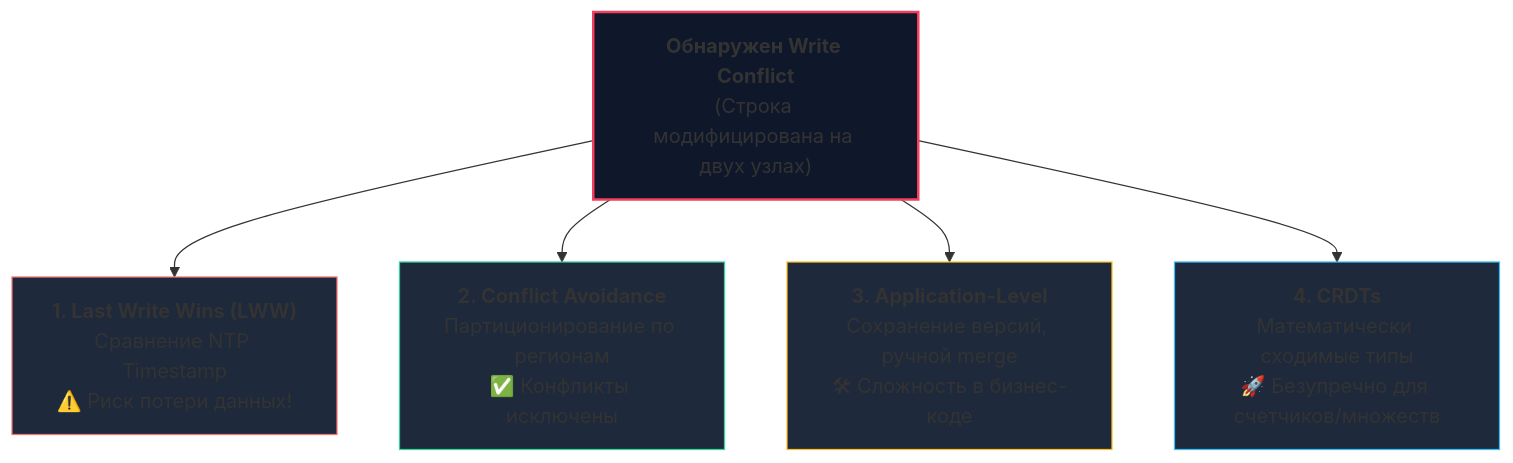
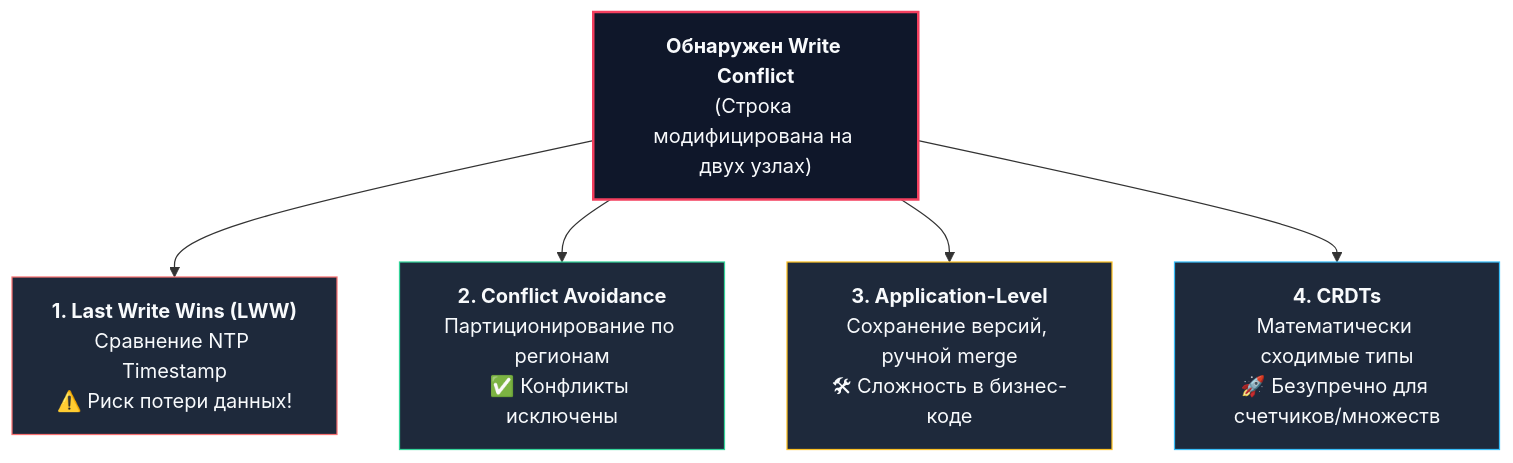
The second of 2 diagrams in sources/12. Базы данных/08. Распределенные базы данных/3. Multi Leader.md (UnrealTemplier/go-textbook), drawn with Mermaid before and after one commit. The commit also changed other lines of this file and 310 other files, not shown here.

First line of the commit message:
fix(mermaid): replace light fill colors with dark palette for readability on dark theme

````diff
--- a/sources/12. Базы данных/08. Распределенные базы данных/3. Multi Leader.md
+++ b/sources/12. Базы данных/08. Распределенные базы данных/3. Multi Leader.md
@@ -86,15 +86,15 @@
 ```mermaid
 flowchart TD
     Conflict["<b>Обнаружен Write Conflict</b><br>(Строка модифицирована на двух узлах)"]
     
     Conflict --> S1["<b>1. Last Write Wins (LWW)</b><br>Сравнение NTP Timestamp<br>⚠️ Риск потери данных!"]
     Conflict --> S2["<b>2. Conflict Avoidance</b><br>Партиционирование по регионам<br>✅ Конфликты исключены"]
     Conflict --> S3["<b>3. Application-Level</b><br>Сохранение версий, ручной merge<br>🛠 Сложность в бизнес-коде"]
     Conflict --> S4["<b>4. CRDTs</b><br>Математически сходимые типы<br>🚀 Безупречно для счетчиков/множеств"]
 
-    style Conflict fill:#0f172a,stroke:#f43f5e,stroke-width:2px
-    style S1 fill:#1e293b,stroke:#f87171,stroke-width:1px
-    style S2 fill:#1e293b,stroke:#34d399,stroke-width:1px
-    style S3 fill:#1e293b,stroke:#fbbf24,stroke-width:1px
-    style S4 fill:#1e293b,stroke:#38bdf8,stroke-width:1px
+    style Conflict fill:#0f172a,stroke:#f43f5e,stroke-width:2px,color:#f8fafc
+    style S1 fill:#1e293b,stroke:#f87171,stroke-width:1px,color:#f8fafc
+    style S2 fill:#1e293b,stroke:#34d399,stroke-width:1px,color:#f8fafc
+    style S3 fill:#1e293b,stroke:#fbbf24,stroke-width:1px,color:#f8fafc
+    style S4 fill:#1e293b,stroke:#38bdf8,stroke-width:1px,color:#f8fafc
 ```
````
